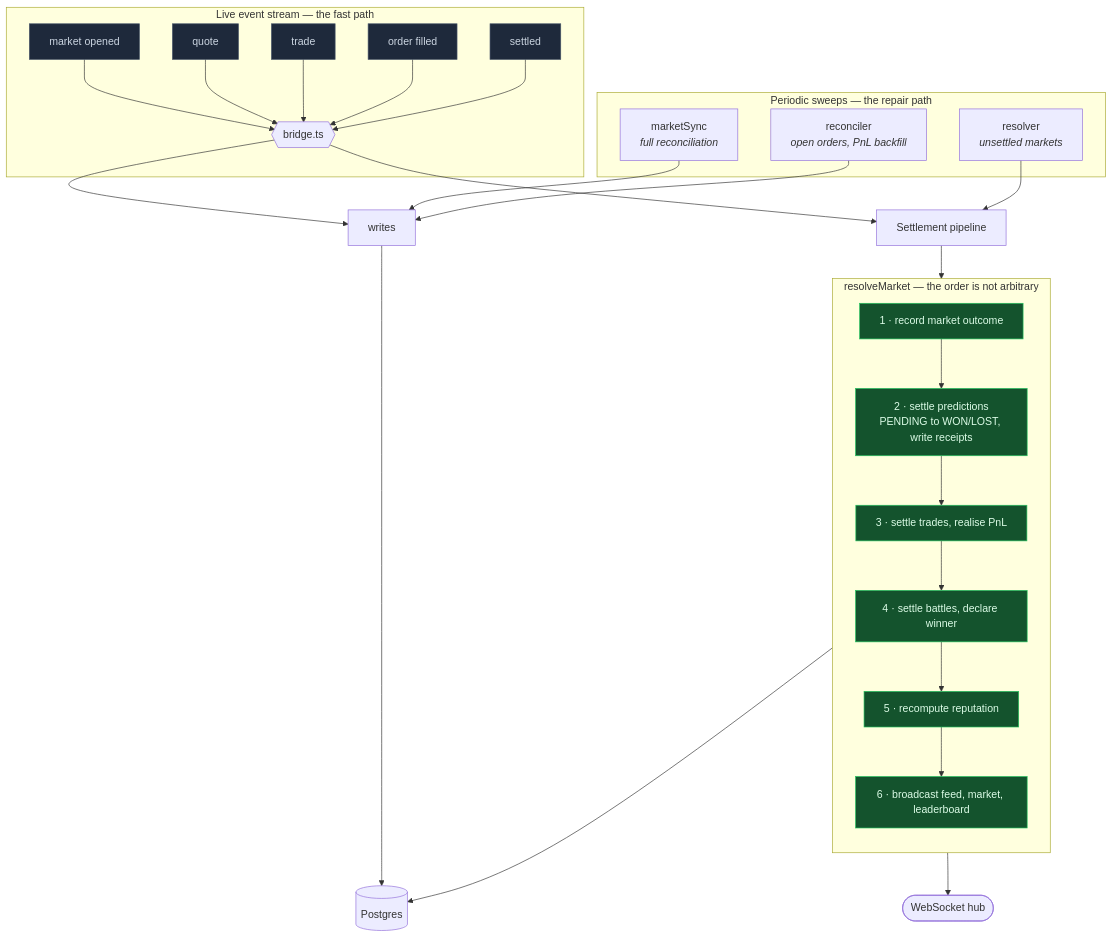
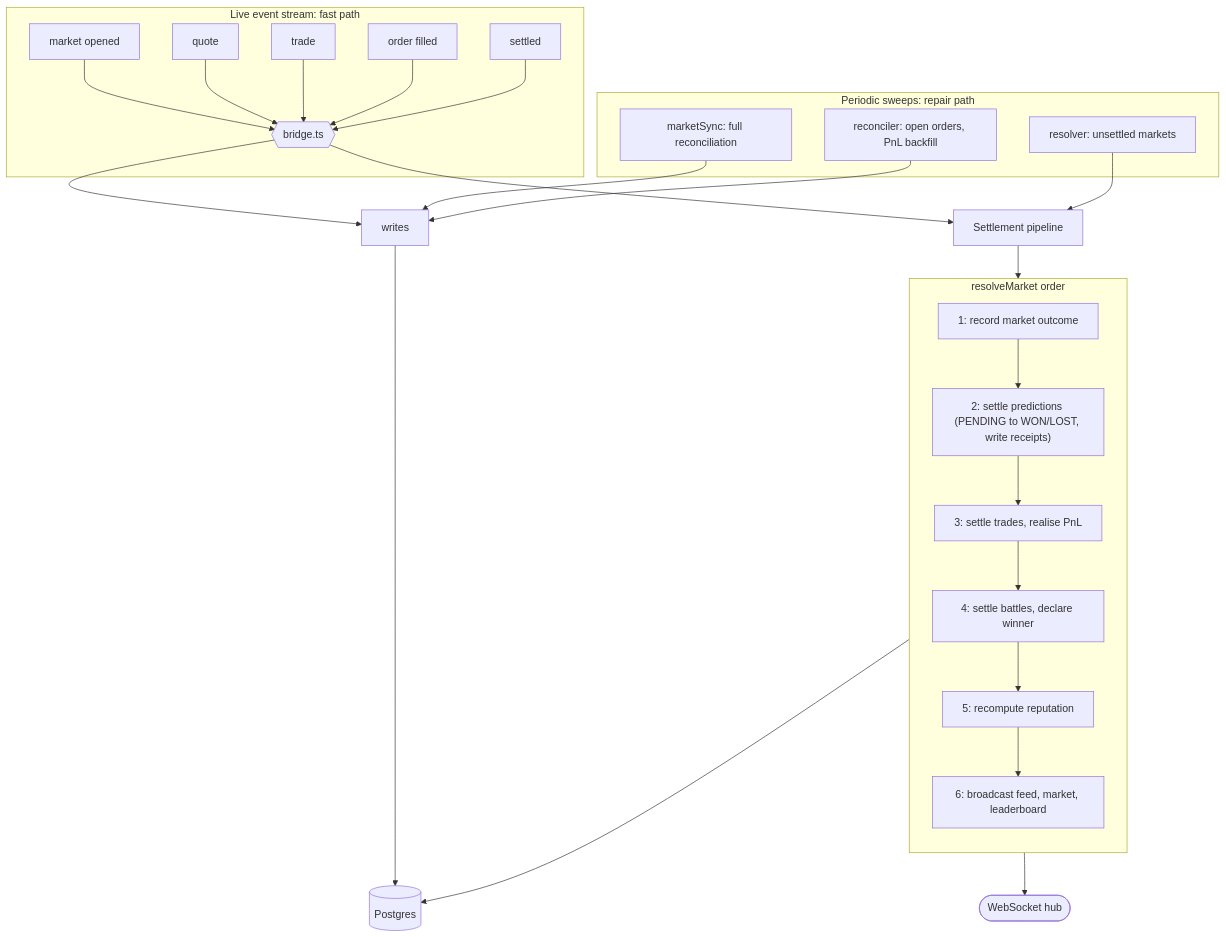
One commit to midexol/Oracle changed the fifth of 9 diagrams in docs/architecture.md. Above: the diagram before and after it, drawn with Mermaid. The commit also changed other lines of this file and 4 other files, not shown here.

Commit message:
Fix Mermaid diagrams rendering across documentation and add dev:frontend script

````diff
--- a/docs/architecture.md
+++ b/docs/architecture.md
@@ -226,46 +211,41 @@
 ```mermaid
 flowchart TB
-    subgraph stream["Live event stream — the fast path"]
+    subgraph stream["Live event stream: fast path"]
         E1["market opened"] --> BR
         E2["quote"] --> BR
         E3["trade"] --> BR
         E4["order filled"] --> BR
         E5["settled"] --> BR
         BR{{"bridge.ts"}}
     end
 
-    subgraph sweeps["Periodic sweeps — the repair path"]
-        SY["marketSync<br/><i>full reconciliation</i>"]
-        RS["resolver<br/><i>unsettled markets</i>"]
-        RC["reconciler<br/><i>open orders, PnL backfill</i>"]
+    subgraph sweeps["Periodic sweeps: repair path"]
+        SY["marketSync: full reconciliation"]
+        RS["resolver: unsettled markets"]
+        RC["reconciler: open orders, PnL backfill"]
     end
 
     W["writes"]
     PIPE["Settlement pipeline"]
     DB[("Postgres")]
 
     BR --> W
     BR --> PIPE
     SY --> W
     RC --> W
     RS --> PIPE
     W --> DB
 
-    subgraph steps["resolveMarket — the order is not arbitrary"]
+    subgraph steps["resolveMarket order"]
         direction TB
-        S1["1 · record market outcome"] --> S2["2 · settle predictions<br/>PENDING to WON/LOST, write receipts"]
-        S2 --> S3["3 · settle trades, realise PnL"]
-        S3 --> S4["4 · settle battles, declare winner"]
-        S4 --> S5["5 · recompute reputation"]
-        S5 --> S6["6 · broadcast feed, market, leaderboard"]
+        S1["1: record market outcome"] --> S2["2: settle predictions (PENDING to WON/LOST, write receipts)"]
+        S2 --> S3["3: settle trades, realise PnL"]
+        S3 --> S4["4: settle battles, declare winner"]
+        S4 --> S5["5: recompute reputation"]
+        S5 --> S6["6: broadcast feed, market, leaderboard"]
     end
 
     PIPE --> steps
     steps --> DB
     S6 --> HUB(["WebSocket hub"])
-
-    classDef ev fill:#1e293b,stroke:#475569,color:#cbd5e1
-    classDef st fill:#14532d,stroke:#22c55e,color:#dcfce7
-    class E1,E2,E3,E4,E5 ev
-    class S1,S2,S3,S4,S5,S6 st
 ```
````
